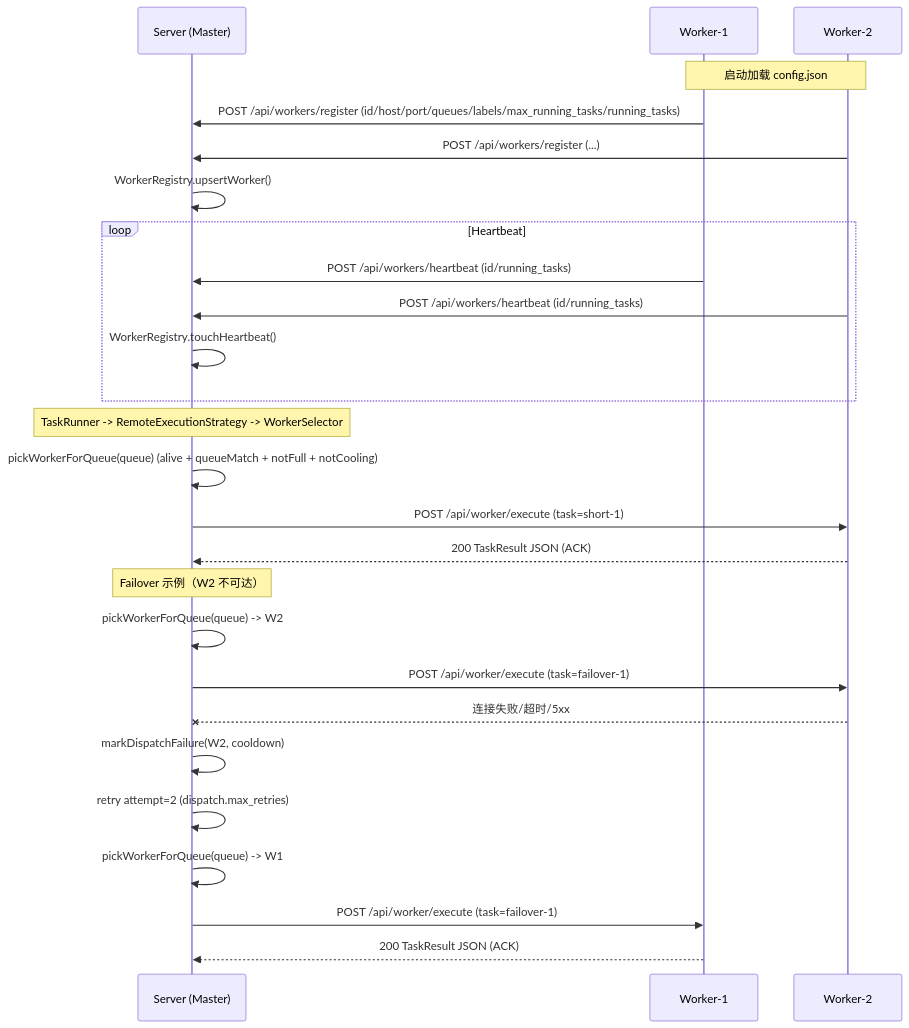
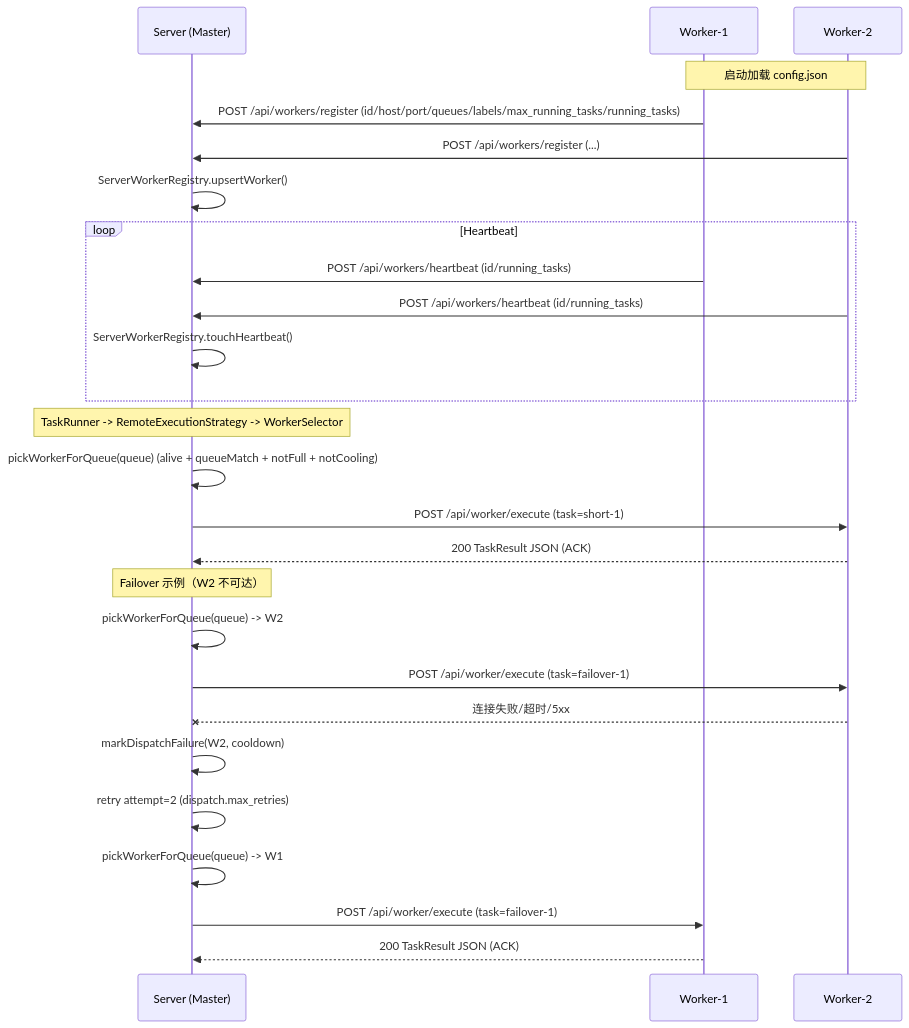
The diagram in README.md (MR-CCY/TaskHub), drawn with Mermaid before and after one commit. The commit also changed 7 other files, not shown here.

Commit message:
重构Worker注册逻辑，新增ServerWorkerRegistry类，移除过时的WorkerRegistry，优化心跳处理

````diff
--- a/README.md
+++ b/README.md
@@ -14,34 +14,34 @@
 ```mermaid
 sequenceDiagram
     participant S as Server (Master)
     participant W1 as Worker-1
     participant W2 as Worker-2
 
     Note over W1,W2: 启动加载 config.json
 
     W1->>S: POST /api/workers/register (id/host/port/queues/labels/max_running_tasks/running_tasks)
     W2->>S: POST /api/workers/register (...)
-    S->>S: WorkerRegistry.upsertWorker()
+    S->>S: ServerWorkerRegistry.upsertWorker()
 
     loop Heartbeat
         W1->>S: POST /api/workers/heartbeat (id/running_tasks)
         W2->>S: POST /api/workers/heartbeat (id/running_tasks)
-        S->>S: WorkerRegistry.touchHeartbeat()
+        S->>S: ServerWorkerRegistry.touchHeartbeat()
     end
 
     Note over S: TaskRunner -> RemoteExecutionStrategy -> WorkerSelector
 
     S->>S: pickWorkerForQueue(queue) (alive + queueMatch + notFull + notCooling)
     S->>W2: POST /api/worker/execute (task=short-1)
     W2-->>S: 200 TaskResult JSON (ACK)
 
     Note over S: Failover 示例（W2 不可达）
     S->>S: pickWorkerForQueue(queue) -> W2
     S->>W2: POST /api/worker/execute (task=failover-1)
     W2--x S: 连接失败/超时/5xx
     S->>S: markDispatchFailure(W2, cooldown)
     S->>S: retry attempt=2 (dispatch.max_retries)
     S->>S: pickWorkerForQueue(queue) -> W1
     S->>W1: POST /api/worker/execute (task=failover-1)
     W1-->>S: 200 TaskResult JSON (ACK)
 ```
````
